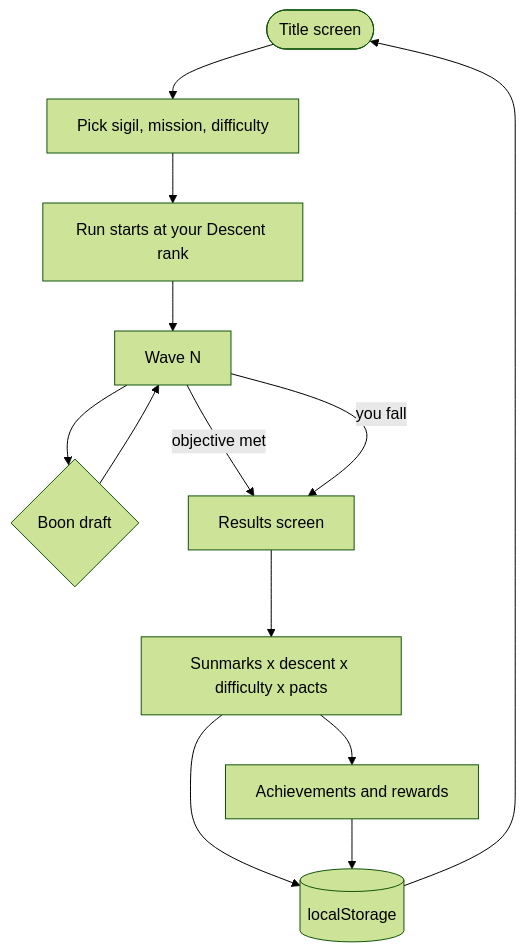
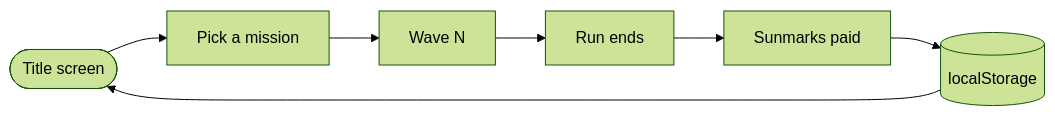
One commit to Hudmebac/helioselements changed the diagram in README.md. Above: the diagram before and after it, drawn with Mermaid (forest theme). The commit also changed other lines of this file, not shown here.

Commit message:
Render the README flow diagram as a compact horizontal loop.
The vertical graph wrapped every label at README width; a left-to-right
ring reads as one glance instead of a tall column.

````diff
--- a/README.md
+++ b/README.md
@@ -209,15 +209,9 @@
 ```mermaid
-flowchart TD
-  menu([Title screen]) --> pick[Pick sigil, mission, difficulty]
-  pick --> run[Run starts at your Descent rank]
-  run --> wave[Wave N]
-  wave --> draft{Boon draft}
-  draft --> wave
-  wave -->|objective met| results[Results screen]
-  wave -->|you fall| results
-  results --> pay[Sunmarks x descent x difficulty x pacts]
+flowchart LR
+  menu([Title screen]) --> pick[Pick a mission]
+  pick --> wave[Wave N]
+  wave --> results[Run ends]
+  results --> pay[Sunmarks paid]
   pay --> save[(localStorage)]
-  pay --> ach[Achievements and rewards]
-  ach --> save
   save --> menu
 ```
````
